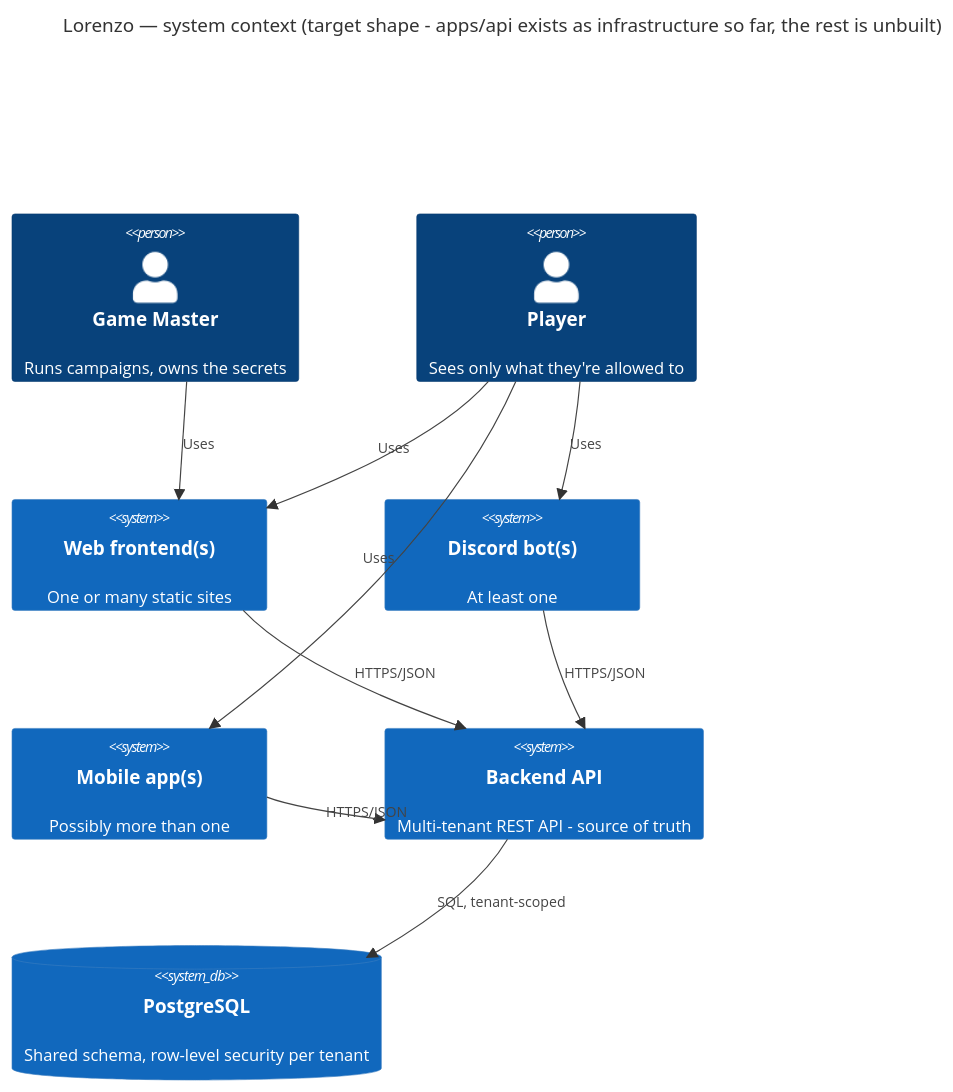
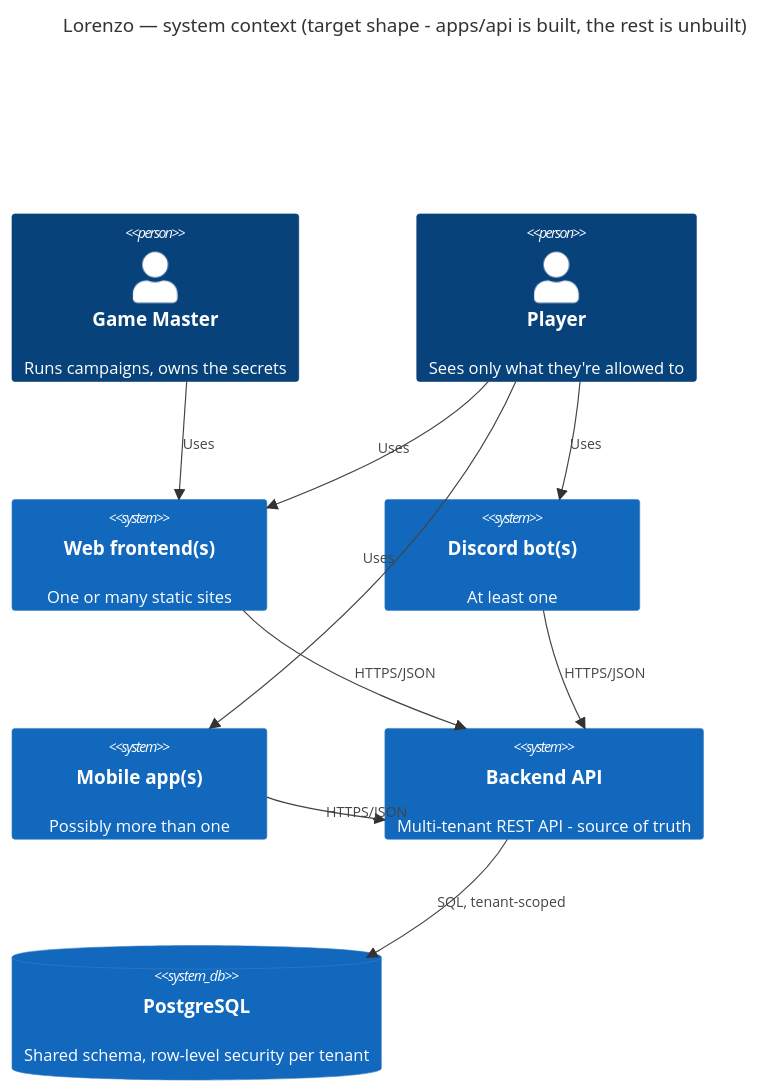
The diagram in docs/architecture/diagrams/system-context.md (ramsesoriginal/lorenzo), drawn with Mermaid before and after one commit. The commit also changed 9 other files, not shown here.

````diff
--- a/docs/architecture/diagrams/system-context.md
+++ b/docs/architecture/diagrams/system-context.md
@@ -3,22 +3,22 @@
 ```mermaid
 C4Context
-  title Lorenzo — system context (target shape - apps/api exists as infrastructure so far, the rest is unbuilt)
+  title Lorenzo — system context (target shape - apps/api is built, the rest is unbuilt)
 
   Person(gm, "Game Master", "Runs campaigns, owns the secrets")
   Person(player, "Player", "Sees only what they're allowed to")
 
   System(web, "Web frontend(s)", "One or many static sites")
   System(bot, "Discord bot(s)", "At least one")
   System(mobile, "Mobile app(s)", "Possibly more than one")
   System(api, "Backend API", "Multi-tenant REST API - source of truth")
   SystemDb(db, "PostgreSQL", "Shared schema, row-level security per tenant")
 
   Rel(gm, web, "Uses")
   Rel(player, web, "Uses")
   Rel(player, bot, "Uses")
   Rel(player, mobile, "Uses")
   Rel(web, api, "HTTPS/JSON")
   Rel(bot, api, "HTTPS/JSON")
   Rel(mobile, api, "HTTPS/JSON")
   Rel(api, db, "SQL, tenant-scoped")
 ```
````
